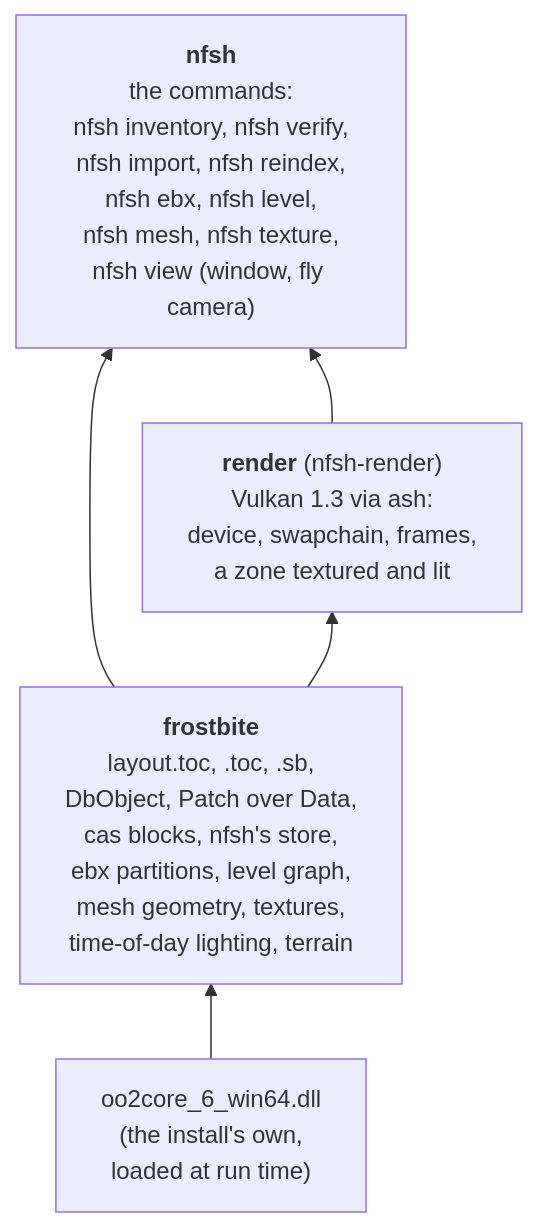
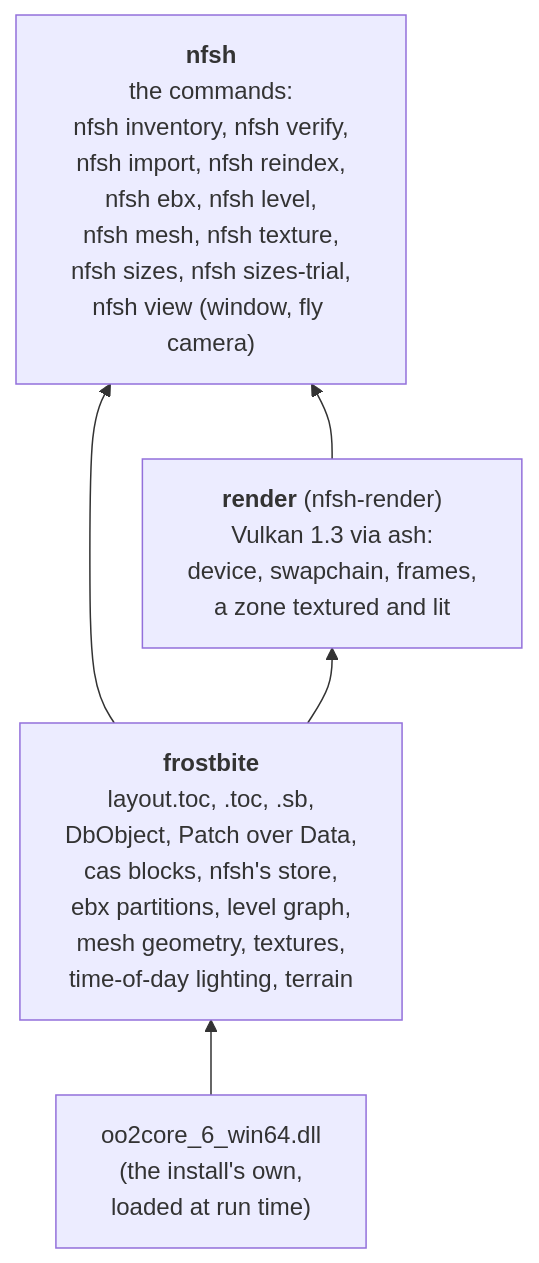
The second of 4 diagrams in docs/OVERVIEW.md (cmprssd/nfsh), drawn with Mermaid before and after one commit. The commit also changed other lines of this file and 7 other files, not shown here.

````diff
--- a/docs/OVERVIEW.md
+++ b/docs/OVERVIEW.md
@@ -60,11 +60,11 @@
 ```mermaid
 flowchart BT
     fb["<b>frostbite</b><br/>layout.toc, .toc, .sb,<br/>DbObject, Patch over Data,<br/>cas blocks, nfsh's store,<br/>ebx partitions, level graph,<br/>mesh geometry, textures,<br/>time-of-day lighting, terrain"]
     oo["oo2core_6_win64.dll<br/>(the install's own,<br/>loaded at run time)"]
     render["<b>render</b> (nfsh-render)<br/>Vulkan 1.3 via ash:<br/>device, swapchain, frames,<br/>a zone textured and lit"]
-    app["<b>nfsh</b><br/>the commands:<br/>nfsh inventory, nfsh verify,<br/>nfsh import, nfsh reindex,<br/>nfsh ebx, nfsh level,<br/>nfsh mesh, nfsh texture,<br/>nfsh view (window, fly camera)"]
+    app["<b>nfsh</b><br/>the commands:<br/>nfsh inventory, nfsh verify,<br/>nfsh import, nfsh reindex,<br/>nfsh ebx, nfsh level,<br/>nfsh mesh, nfsh texture,<br/>nfsh sizes, nfsh sizes-trial,<br/>nfsh view (window, fly camera)"]
     oo --> fb
     fb --> render
     fb --> app
     render --> app
 ```
````
